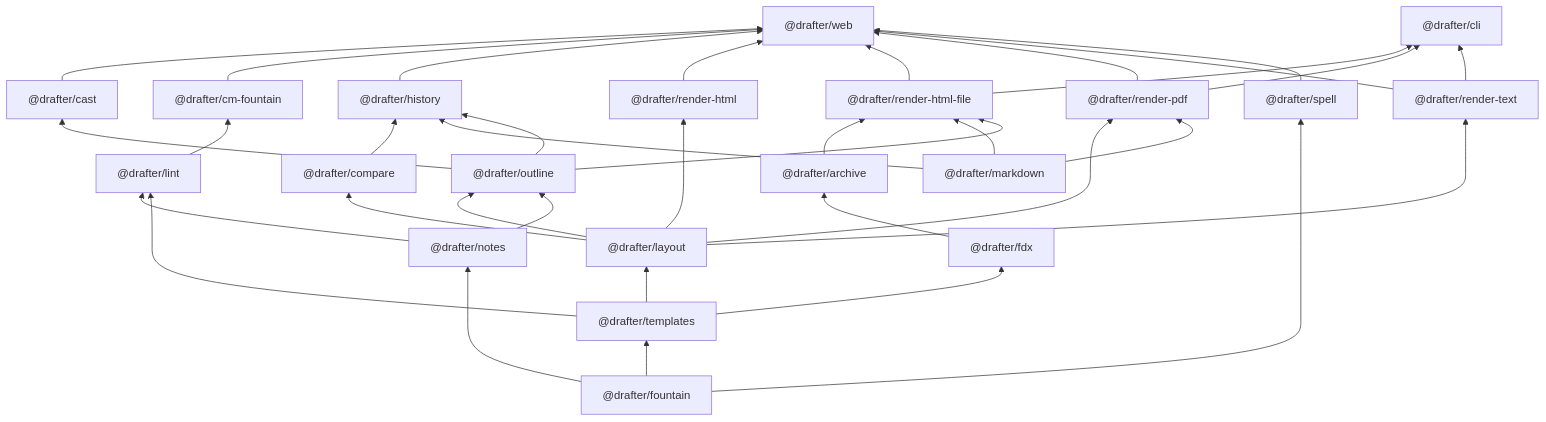
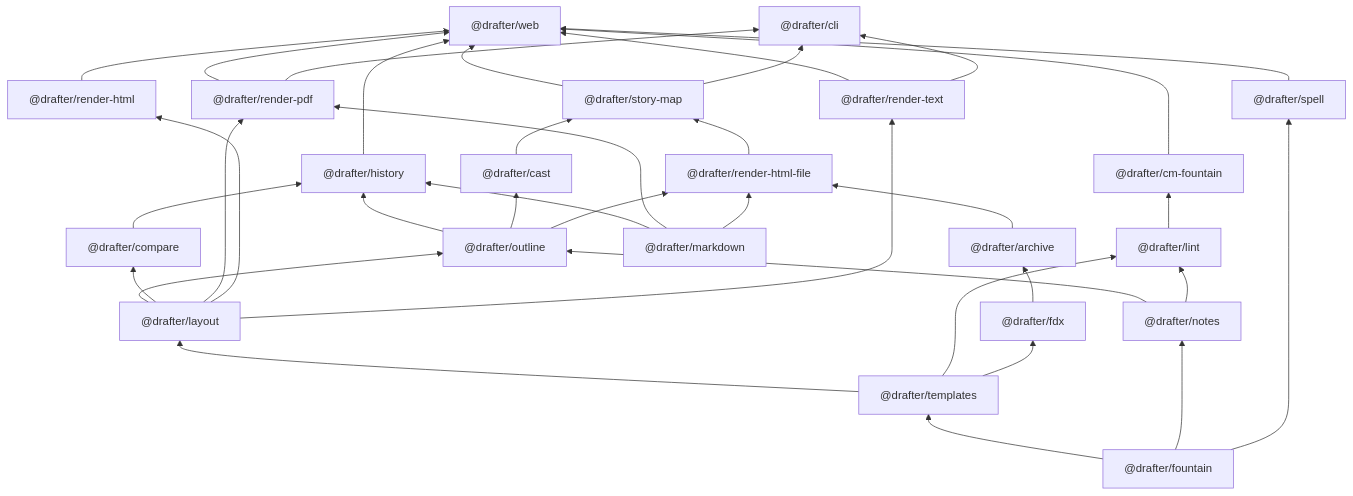
One commit to cschweda/drafter changed the first of 5 diagrams in docs/technical-details.md. Above: the diagram before and after it, drawn with Mermaid. The commit also changed 24 other files, not shown here.

Commit message:
feat(story-map): the package, and the story map's model of acts, scenes, places, and people

````diff
--- a/docs/technical-details.md
+++ b/docs/technical-details.md
@@ -37,57 +37,59 @@
 ```mermaid
 flowchart BT
   web["@drafter/web"]
   cli["@drafter/cli"]
   cm_fountain["@drafter/cm-fountain"]
   outline["@drafter/outline"]
   compare["@drafter/compare"]
   history["@drafter/history"]
   cast["@drafter/cast"]
+  story_map["@drafter/story-map"]
   render_pdf["@drafter/render-pdf"]
   render_html["@drafter/render-html"]
   render_html_file["@drafter/render-html-file"]
   render_text["@drafter/render-text"]
   layout["@drafter/layout"]
   lint["@drafter/lint"]
   fdx["@drafter/fdx"]
   archive["@drafter/archive"]
   templates["@drafter/templates"]
   notes["@drafter/notes"]
   spell["@drafter/spell"]
   markdown["@drafter/markdown"]
   fountain["@drafter/fountain"]
-  cast --> web
   cm_fountain --> web
   history --> web
   render_html --> web
-  render_html_file --> web
   render_pdf --> web
   render_text --> web
   spell --> web
-  render_html_file --> cli
+  story_map --> web
   render_pdf --> cli
   render_text --> cli
+  story_map --> cli
   lint --> cm_fountain
   layout --> outline
   notes --> outline
   layout --> compare
   compare --> history
   markdown --> history
   outline --> history
   outline --> cast
+  cast --> story_map
+  render_html_file --> story_map
   layout --> render_pdf
   markdown --> render_pdf
   layout --> render_html
   archive --> render_html_file
   markdown --> render_html_file
   outline --> render_html_file
   layout --> render_text
   templates --> layout
   notes --> lint
   templates --> lint
   templates --> fdx
   fdx --> archive
   fountain --> templates
   fountain --> notes
   fountain --> spell
 ```
````
